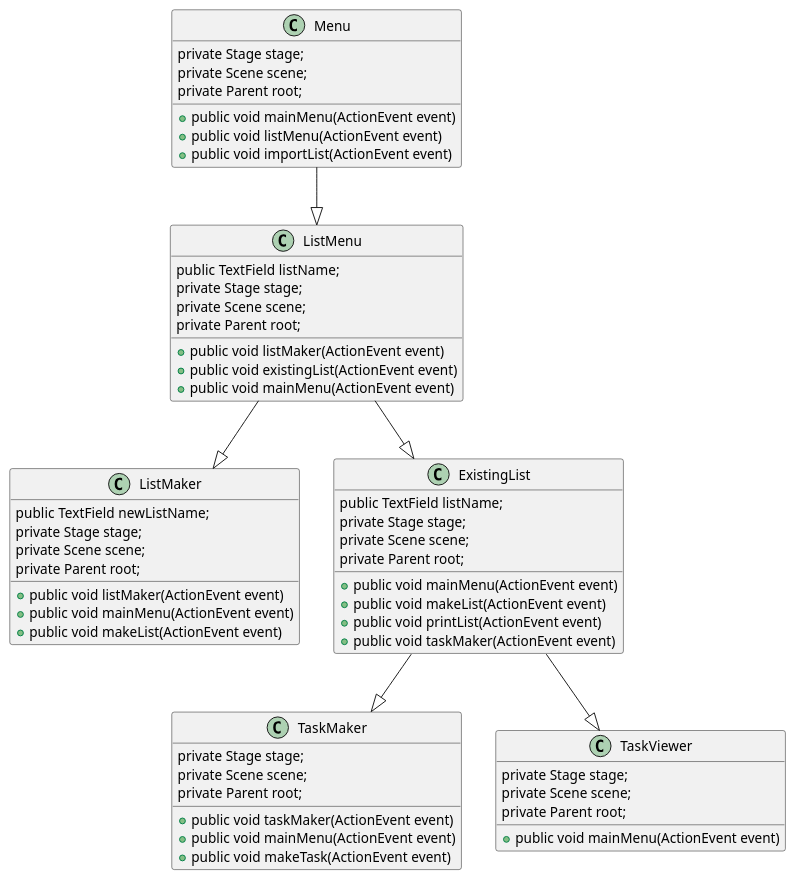
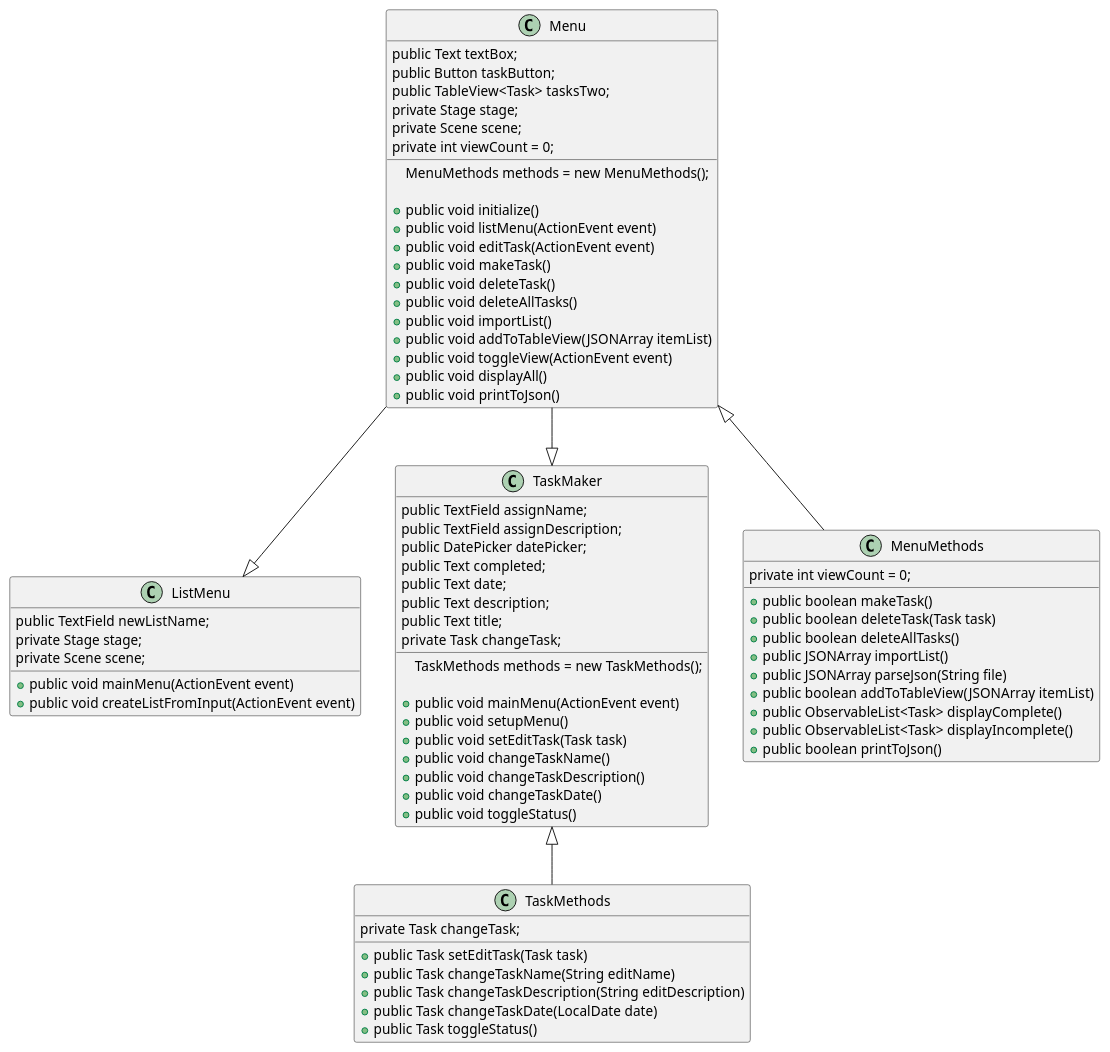
Before and after one commit to enzosromano/To-Do-List-Manager: the diagram in uml/FXLayout.puml, drawn with PlantUML. The commit also changed 3 other files, not shown here.

Commit message:
Added Task methods + UML

```diff
--- a/uml/FXLayout.puml
+++ b/uml/FXLayout.puml
@@ -1,77 +1,91 @@
 @startuml
 
 Menu --|> ListMenu
-ListMenu --|> ListMaker
-ListMenu --|> ExistingList
-ExistingList --|> TaskMaker
-ExistingList --|> TaskViewer
+Menu --|> TaskMaker
+Menu <|-- MenuMethods
+TaskMaker <|-- TaskMethods
 
 class Menu{
 
+    public Text textBox;
+    public Button taskButton;
+    public TableView<Task> tasksTwo;
     private Stage stage;
     private Scene scene;
-    private Parent root;
+    private int viewCount = 0;
 
-    + public void mainMenu(ActionEvent event)
+    MenuMethods methods = new MenuMethods();
+
+    + public void initialize()
     + public void listMenu(ActionEvent event)
-    + public void importList(ActionEvent event)
+    + public void editTask(ActionEvent event)
+    + public void makeTask()
+    + public void deleteTask()
+    + public void deleteAllTasks()
+    + public void importList()
+    + public void addToTableView(JSONArray itemList)
+    + public void toggleView(ActionEvent event)
+    + public void displayAll()
+    + public void printToJson()
+}
+
+class MenuMethods{
+
+    private int viewCount = 0;
+
+    + public boolean makeTask()
+    + public boolean deleteTask(Task task)
+    + public boolean deleteAllTasks()
+    + public JSONArray importList()
+    + public JSONArray parseJson(String file)
+    + public boolean addToTableView(JSONArray itemList)
+    + public ObservableList<Task> displayComplete()
+    + public ObservableList<Task> displayIncomplete()
+    + public boolean printToJson()
 }
 
 class ListMenu{
 
-    public TextField listName;
-    private Stage stage;
-    private Scene scene;
-    private Parent root;
-
-    + public void listMaker(ActionEvent event)
-    + public void existingList(ActionEvent event)
-    + public void mainMenu(ActionEvent event)
-}
-
-class ListMaker{
-
     public TextField newListName;
     private Stage stage;
     private Scene scene;
-    private Parent root;
-
-    + public void listMaker(ActionEvent event)
-    + public void mainMenu(ActionEvent event)
-    + public void makeList(ActionEvent event)
-}
-
-class ExistingList{
-
-    public TextField listName;
-    private Stage stage;
-    private Scene scene;
-    private Parent root;
 
     + public void mainMenu(ActionEvent event)
-    + public void makeList(ActionEvent event)
-    + public void printList(ActionEvent event)
-    + public void taskMaker(ActionEvent event)
+    + public void createListFromInput(ActionEvent event)
 }
 
 class TaskMaker{
 
-    private Stage stage;
-    private Scene scene;
-    private Parent root;
+    public TextField assignName;
+    public TextField assignDescription;
+    public DatePicker datePicker;
+    public Text completed;
+    public Text date;
+    public Text description;
+    public Text title;
+    private Task changeTask;
 
-    + public void taskMaker(ActionEvent event)
+    TaskMethods methods = new TaskMethods();
+
     + public void mainMenu(ActionEvent event)
-    + public void makeTask(ActionEvent event)
+    + public void setupMenu()
+    + public void setEditTask(Task task)
+    + public void changeTaskName()
+    + public void changeTaskDescription()
+    + public void changeTaskDate()
+    + public void toggleStatus()
 }
 
-class TaskViewer{
+class TaskMethods{
 
-    private Stage stage;
-    private Scene scene;
-    private Parent root;
+    private Task changeTask;
 
-    + public void mainMenu(ActionEvent event)
+    + public Task setEditTask(Task task)
+    + public Task changeTaskName(String editName)
+    + public Task changeTaskDescription(String editDescription)
+    + public Task changeTaskDate(LocalDate date)
+    + public Task toggleStatus()
 }
 
+
 @enduml
```
